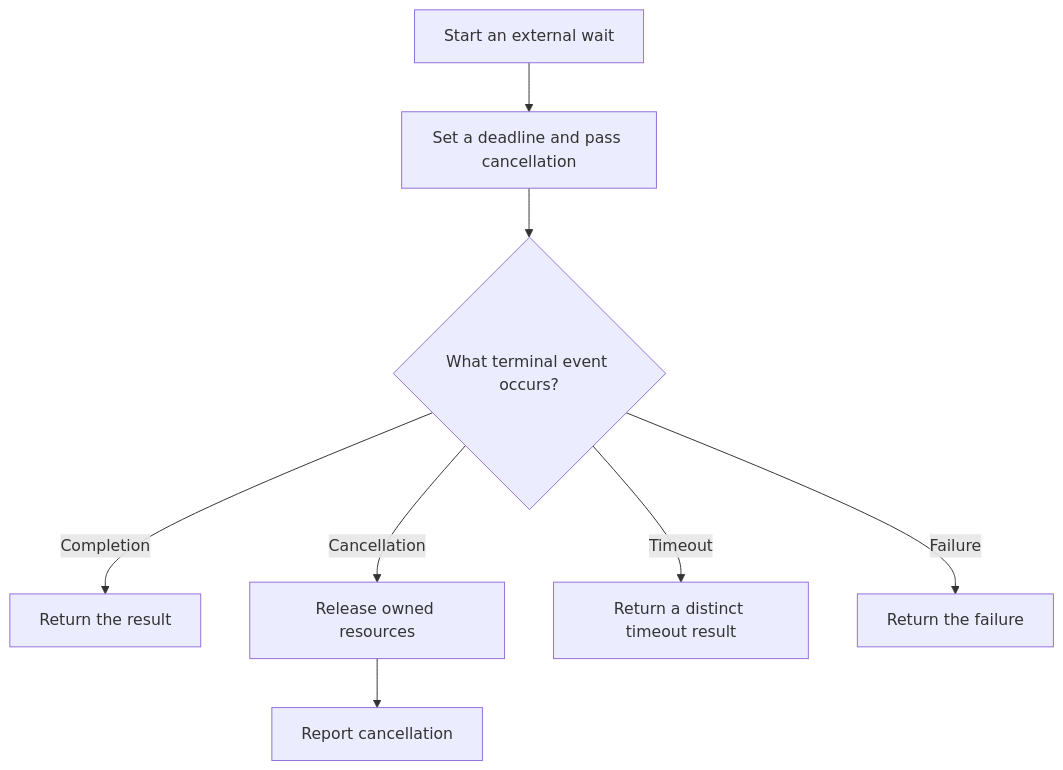
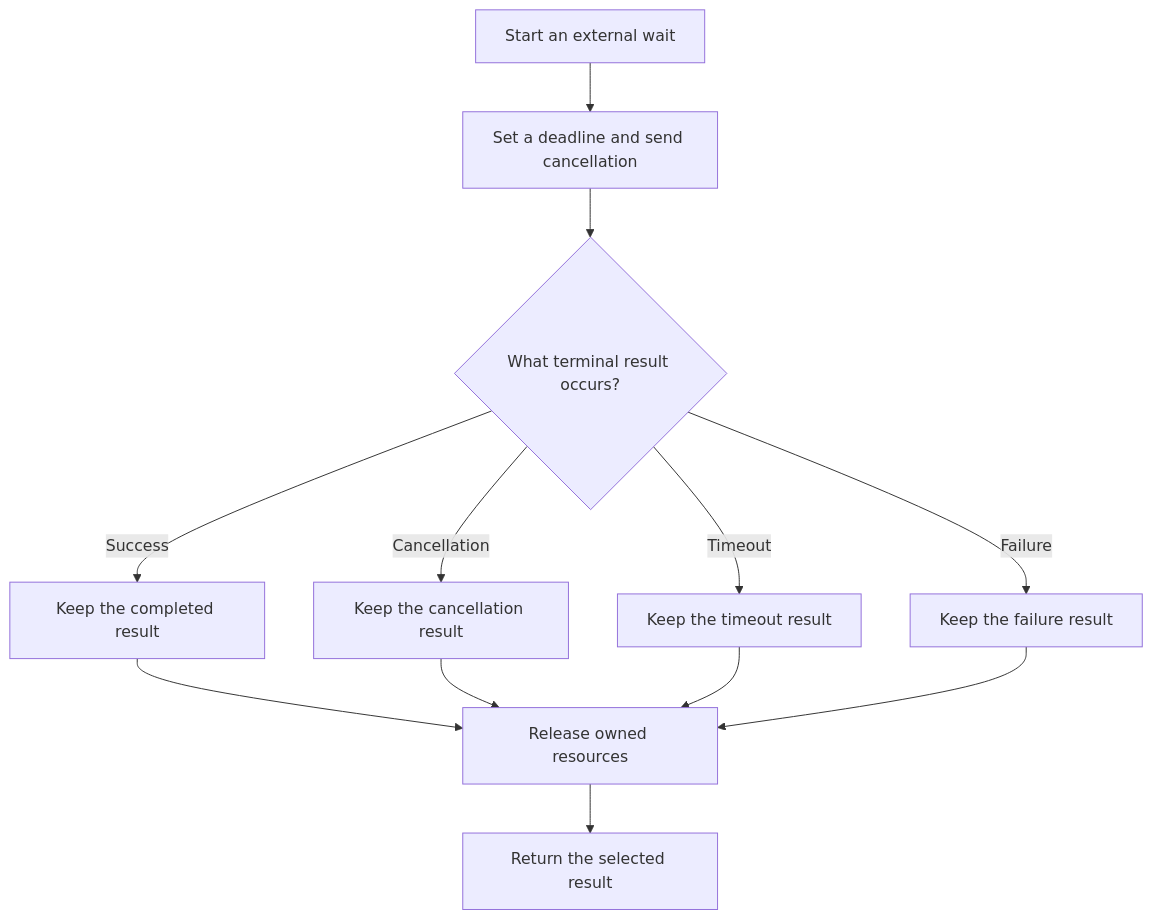
The diagram in docs/principles/details/p039-bounded-waiting.md (HomericIntelligence/Athena), drawn with Mermaid before and after one commit. The commit also changed other lines of this file and 91 other files, not shown here.

````diff
--- a/docs/principles/details/p039-bounded-waiting.md
+++ b/docs/principles/details/p039-bounded-waiting.md
@@ -39,10 +40,14 @@
 ```mermaid
 flowchart TD
-    A["Start an external wait"] --> B["Set a deadline and pass cancellation"]
-    B --> C{"What terminal event occurs?"}
-    C -- Completion --> D["Return the result"]
-    C -- Cancellation --> E["Release owned resources"]
-    C -- Timeout --> F["Return a distinct timeout result"]
-    C -- Failure --> G["Return the failure"]
-    E --> H["Report cancellation"]
+    A["Start an external wait"] --> B["Set a deadline and send cancellation"]
+    B --> C{"What terminal result occurs?"}
+    C -- Success --> D["Keep the completed result"]
+    C -- Cancellation --> E["Keep the cancellation result"]
+    C -- Timeout --> F["Keep the timeout result"]
+    C -- Failure --> G["Keep the failure result"]
+    D --> H["Release owned resources"]
+    E --> H
+    F --> H
+    G --> H
+    H --> I["Return the selected result"]
 ```
````
